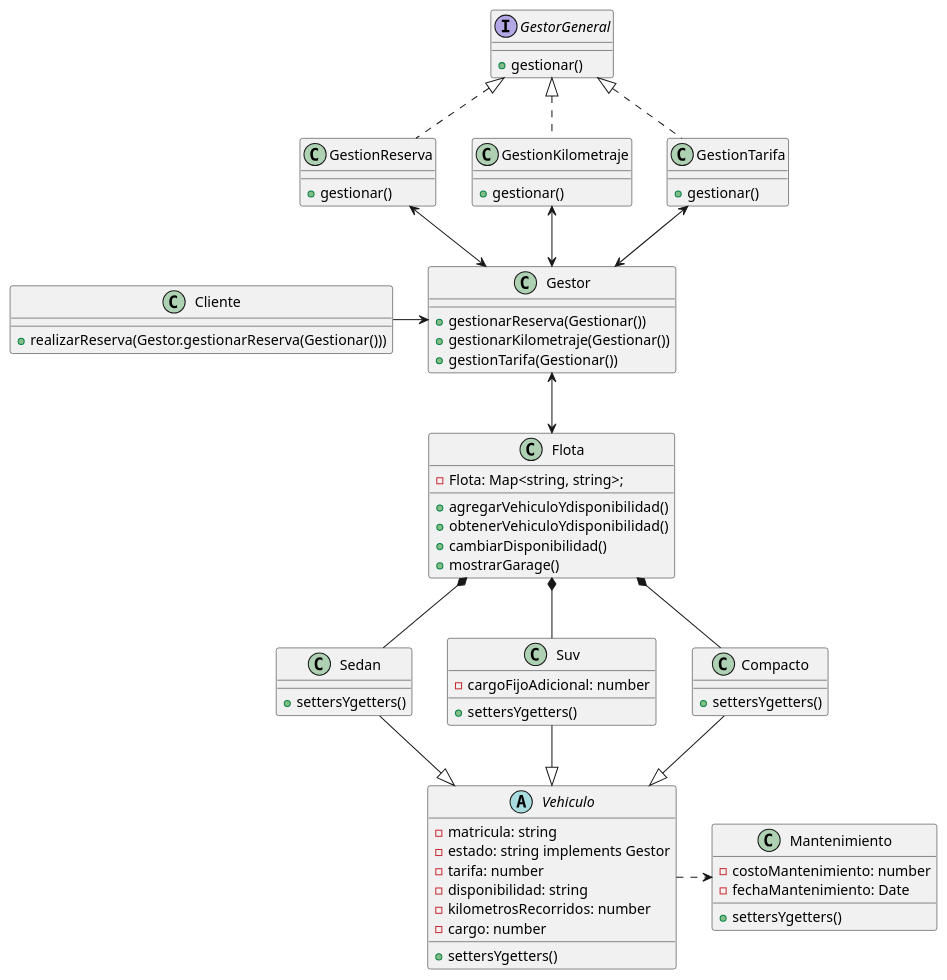
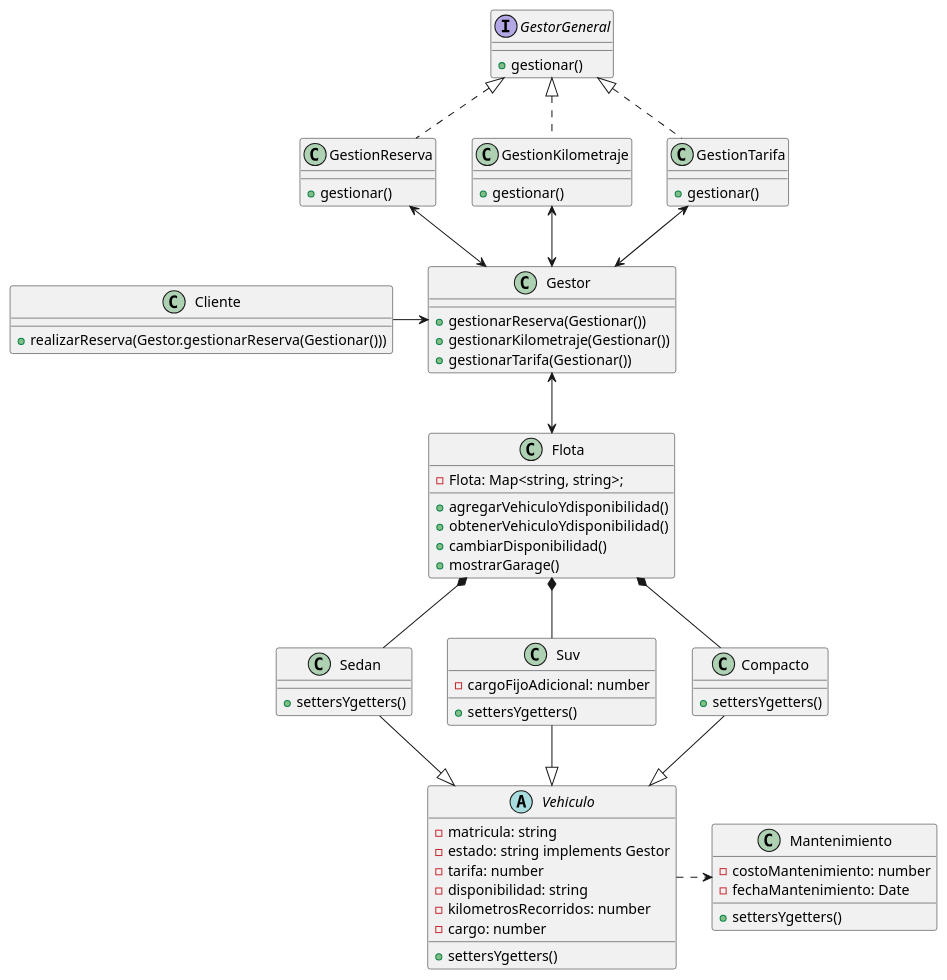
One commit to antonellaBelenVidela/Programacion2Grupo7 changed the diagram in diagramaFlotaVehiculos.puml. Above: the diagram before and after it, drawn with PlantUML.

Commit message:
Ajuste de nomenclatura

```diff
--- a/diagramaFlotaVehiculos.puml
+++ b/diagramaFlotaVehiculos.puml
@@ -1,108 +1,108 @@
 @startuml DriveHub
  
 'Preguntas:
 
 'Flota Pulpo derivador de Tareas' NO
 'Interfaz Gestor de tarifas' Quizas
 'Biblioteca Moment JS para calculos de fecha' Con Date se puede
 
 
 'Relaciones Flota'
 Flota *-- Sedan
 Flota *-- Suv
 Flota *-- Compacto
 
 'Relaciones Herencia'
 Sedan --|> Vehiculo
 Suv --|> Vehiculo
 Compacto --|> Vehiculo
 
 'Relaciones Generales'
 GestionReserva .u.|> GestorGeneral
 GestionKilometraje .u.|> GestorGeneral
 GestionTarifa .u.|> GestorGeneral
 GestionReserva <--> Gestor
 GestionKilometraje <--> Gestor
 GestionTarifa <--> Gestor
 
 'Dependencias'
 Vehiculo .r.> Mantenimiento
 
 'Asociaciones'
 Flota <-u-> Gestor
 Cliente -r-> Gestor
 
 
 
 
 'Clases'
 
 class Cliente{
     + realizarReserva(Gestor.gestionarReserva(Gestionar()))
 }
 
 class Gestor{
     + gestionarReserva(Gestionar())
     + gestionarKilometraje(Gestionar())
-    + gestionTarifa(Gestionar())
+    + gestionarTarifa(Gestionar())
 }
 
 class Flota{
     'La key es la categoría(Suv, Sedan, Compacto)
     'El valor es su disponibilidad(Está disponible o no para el Cliente)'
     - Flota: Map<string, string>;
     + agregarVehiculoYdisponibilidad()
     + obtenerVehiculoYdisponibilidad()
     + cambiarDisponibilidad()
     + mostrarGarage()
 }
 
 abstract class Vehiculo{
     - matricula: string
     - estado: string implements Gestor
     - tarifa: number
     - disponibilidad: string
     - kilometrosRecorridos: number
     - cargo: number
  
     + settersYgetters()
 }
 
 class Compacto{
     + settersYgetters()
 }
 
 class Sedan{
     + settersYgetters()
 }
 
 class Suv{
     - cargoFijoAdicional: number
     + settersYgetters()
 }
 
 class Mantenimiento{
     - costoMantenimiento: number
     - fechaMantenimiento: Date
 
     + settersYgetters()
 }
 
 class GestionReserva{
     + gestionar()
 }
 
 class GestionKilometraje{
     + gestionar()
 }
 
 class GestionTarifa{
     + gestionar()
 }
 
 'Interfaces'
 interface GestorGeneral{
     + gestionar()
 } 
 
 @enduml
```
